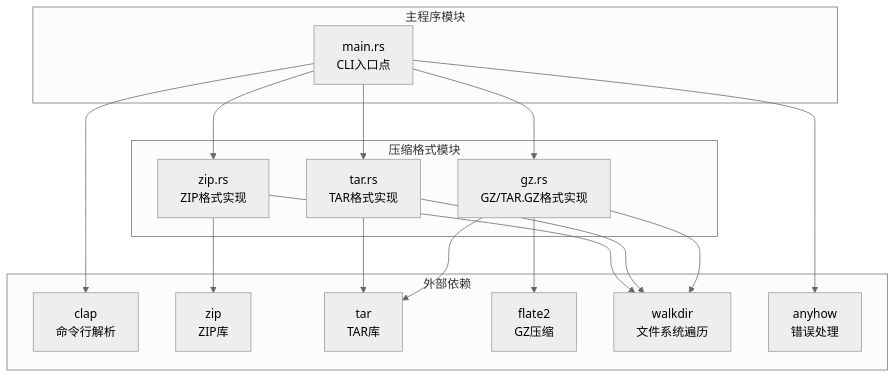
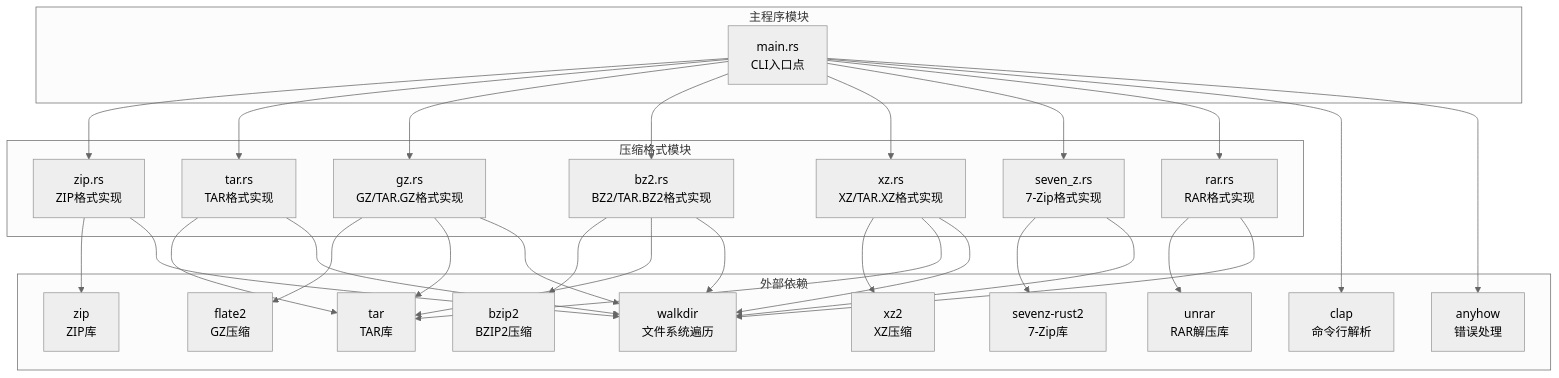
One commit to zhangjiacai-hub/myArchive changed the first of 13 diagrams in .qoder/repowiki/zh/content/核心功能实现/压缩功能实现.md. Above: the diagram before and after it, drawn with Mermaid (neutral theme). The commit also changed other lines of this file and 6 other files, not shown here.

````diff
--- a/.qoder/repowiki/zh/content/核心功能实现/压缩功能实现.md
+++ b/.qoder/repowiki/zh/content/核心功能实现/压缩功能实现.md
@@ -37,31 +50,53 @@
 ```mermaid
 graph TB
 subgraph "主程序模块"
 Main[main.rs<br/>CLI入口点]
 end
 subgraph "压缩格式模块"
 ZIP[zip.rs<br/>ZIP格式实现]
 TAR[tar.rs<br/>TAR格式实现]
 GZ[gz.rs<br/>GZ/TAR.GZ格式实现]
+BZ2[bz2.rs<br/>BZ2/TAR.BZ2格式实现]
+XZ[xz.rs<br/>XZ/TAR.XZ格式实现]
+SEVEN_Z[seven_z.rs<br/>7-Zip格式实现]
+RAR[rar.rs<br/>RAR格式实现]
 end
 subgraph "外部依赖"
 CLAP[clap<br/>命令行解析]
 ZIP_LIB[zip<br/>ZIP库]
 TAR_LIB[tar<br/>TAR库]
 FLATE2[flate2<br/>GZ压缩]
+BZIP2[bzip2<br/>BZIP2压缩]
+XZ2[xz2<br/>XZ压缩]
+SEVENZ[sevenz-rust2<br/>7-Zip库]
+UNRAR[unrar<br/>RAR解压库]
 WALKDIR[walkdir<br/>文件系统遍历]
 ANYHOW[anyhow<br/>错误处理]
 end
 Main --> ZIP
 Main --> TAR
 Main --> GZ
+Main --> BZ2
+Main --> XZ
+Main --> SEVEN_Z
+Main --> RAR
 ZIP --> ZIP_LIB
 TAR --> TAR_LIB
 GZ --> FLATE2
 GZ --> TAR_LIB
+BZ2 --> BZIP2
+BZ2 --> TAR_LIB
+XZ --> XZ2
+XZ --> TAR_LIB
+SEVEN_Z --> SEVENZ
+RAR --> UNRAR
 Main --> CLAP
 ZIP --> WALKDIR
 TAR --> WALKDIR
 GZ --> WALKDIR
+BZ2 --> WALKDIR
+XZ --> WALKDIR
+SEVEN_Z --> WALKDIR
+RAR --> WALKDIR
 Main --> ANYHOW
 ```
````
